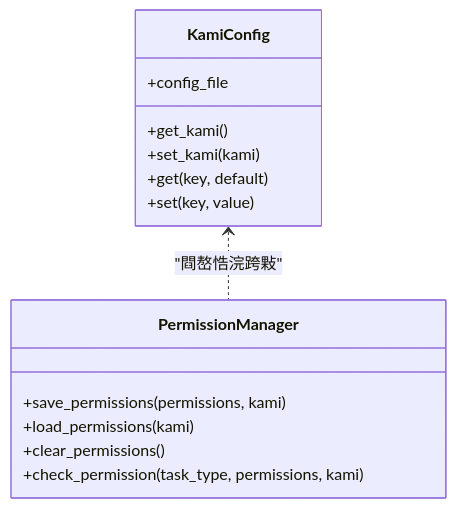
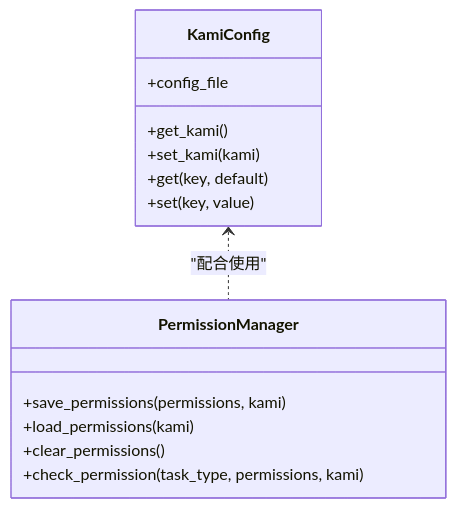
The fifth of 8 diagrams in 代码规范/系统说明文档md/配置管理/文件配置/配置文件使用指南.md (boltspectre/temu-automation-toolkit), drawn with Mermaid before and after one commit. The commit also changed other lines of this file and 15 other files, not shown here.

````diff
--- a/代码规范/系统说明文档md/配置管理/文件配置/配置文件使用指南.md
+++ b/代码规范/系统说明文档md/配置管理/文件配置/配置文件使用指南.md
@@ -198,17 +226,17 @@
 ```mermaid
 classDiagram
 class KamiConfig {
 +config_file
 +get_kami()
 +set_kami(kami)
 +get(key, default)
 +set(key, value)
 }
 class PermissionManager {
 +save_permissions(permissions, kami)
 +load_permissions(kami)
 +clear_permissions()
 +check_permission(task_type, permissions, kami)
 }
-KamiConfig <.. PermissionManager : "閰嶅悎浣跨敤"
+KamiConfig <.. PermissionManager : "配合使用"
 ```
````
